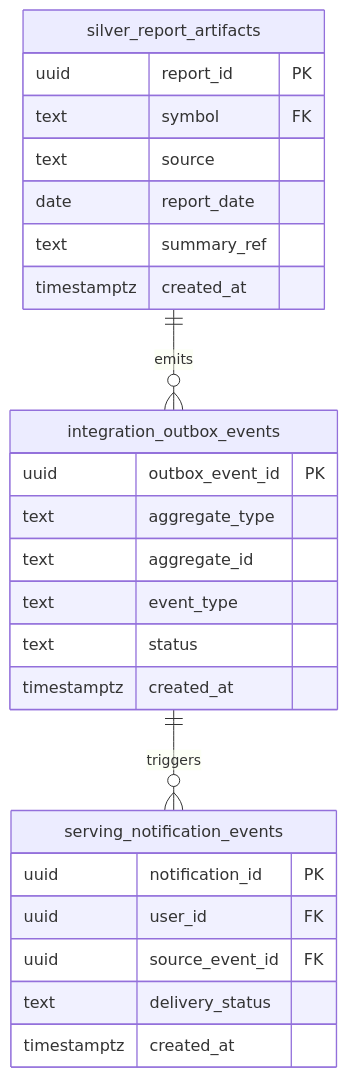
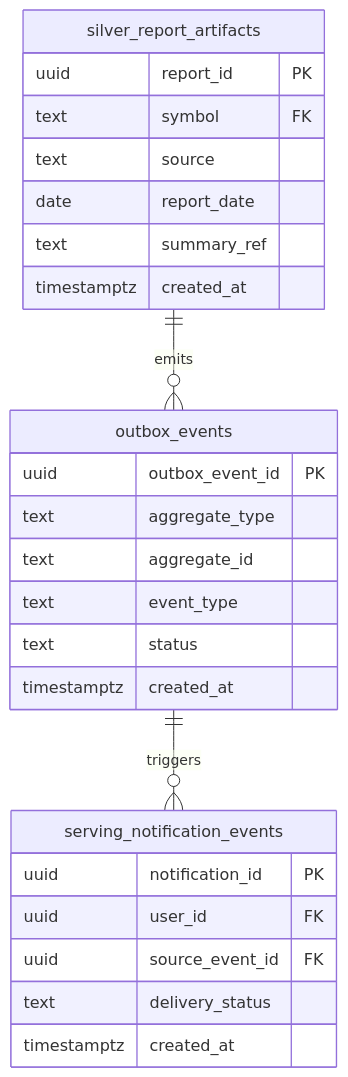
Before and after one commit to rover0811/invest_view: the third of 3 diagrams in docs/design/15-batch-enrichment-design.md, drawn with Mermaid. The commit also changed other lines of this file and 2 other files, not shown here.

Commit message:
docs(design): record decomposition results and implementation plan, move outbox schema (22)

````diff
--- a/docs/design/15-batch-enrichment-design.md
+++ b/docs/design/15-batch-enrichment-design.md
@@ -199,29 +199,29 @@
 ```mermaid
 erDiagram
-    silver_report_artifacts ||--o{ integration_outbox_events : emits
-    integration_outbox_events ||--o{ serving_notification_events : triggers
+    silver_report_artifacts ||--o{ outbox_events : emits
+    outbox_events ||--o{ serving_notification_events : triggers
     
     silver_report_artifacts {
         uuid report_id PK
         text symbol FK
         text source
         date report_date
         text summary_ref
         timestamptz created_at
     }
-    integration_outbox_events {
+    outbox_events {
         uuid outbox_event_id PK
         text aggregate_type
         text aggregate_id
         text event_type
         text status
         timestamptz created_at
     }
     serving_notification_events {
         uuid notification_id PK
         uuid user_id FK
         uuid source_event_id FK
         text delivery_status
         timestamptz created_at
     }
 ```
````
